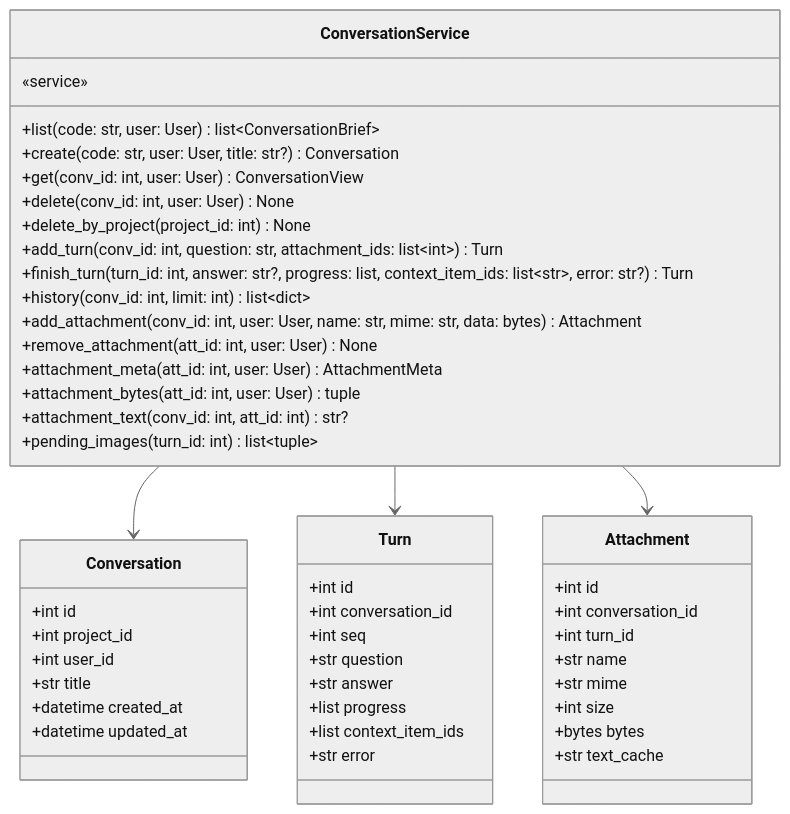
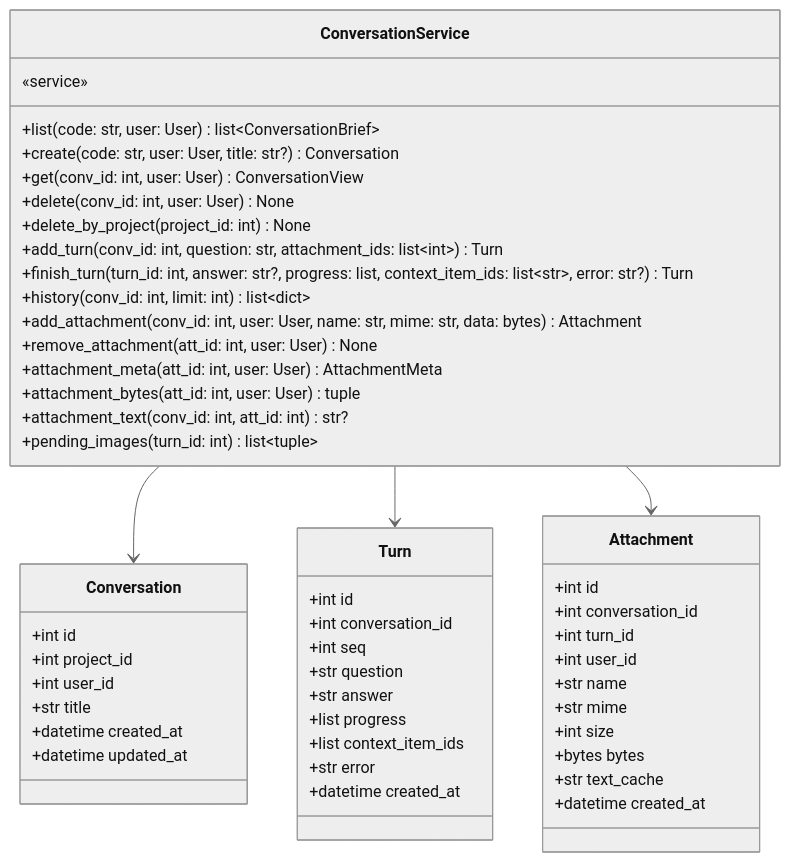
Before and after one commit to HoyoungParkme/syncdoc: diagram 20 of 20 in docs/specs/06-DOM/SYNC-DOM-002.md, drawn with Mermaid (neutral theme).

Commit message:
spec(SYNC-DOM-002): 4.10 Turn·Attachment 속성을 2.9와 맞춤 — entity.mismatch 미완성

````diff
--- a/docs/specs/06-DOM/SYNC-DOM-002.md
+++ b/docs/specs/06-DOM/SYNC-DOM-002.md
@@ -1051,51 +1051,54 @@
 ```mermaid
 classDiagram
     class ConversationService {
         «service»
         +list(code: str, user: User) list~ConversationBrief~
         +create(code: str, user: User, title: str?) Conversation
         +get(conv_id: int, user: User) ConversationView
         +delete(conv_id: int, user: User) None
         +delete_by_project(project_id: int) None
         +add_turn(conv_id: int, question: str, attachment_ids: list~int~) Turn
         +finish_turn(turn_id: int, answer: str?, progress: list, context_item_ids: list~str~, error: str?) Turn
         +history(conv_id: int, limit: int) list~dict~
         +add_attachment(conv_id: int, user: User, name: str, mime: str, data: bytes) Attachment
         +remove_attachment(att_id: int, user: User) None
         +attachment_meta(att_id: int, user: User) AttachmentMeta
         +attachment_bytes(att_id: int, user: User) tuple
         +attachment_text(conv_id: int, att_id: int) str?
         +pending_images(turn_id: int) list~tuple~
     }
     class Conversation {
         +int id
         +int project_id
         +int user_id
         +str title
         +datetime created_at
         +datetime updated_at
     }
     class Turn {
         +int id
         +int conversation_id
         +int seq
         +str question
         +str answer
         +list progress
         +list context_item_ids
         +str error
+        +datetime created_at
     }
     class Attachment {
         +int id
         +int conversation_id
         +int turn_id
+        +int user_id
         +str name
         +str mime
         +int size
         +bytes bytes
         +str text_cache
+        +datetime created_at
     }
     ConversationService --> Conversation
     ConversationService --> Turn
     ConversationService --> Attachment
 ```
````
